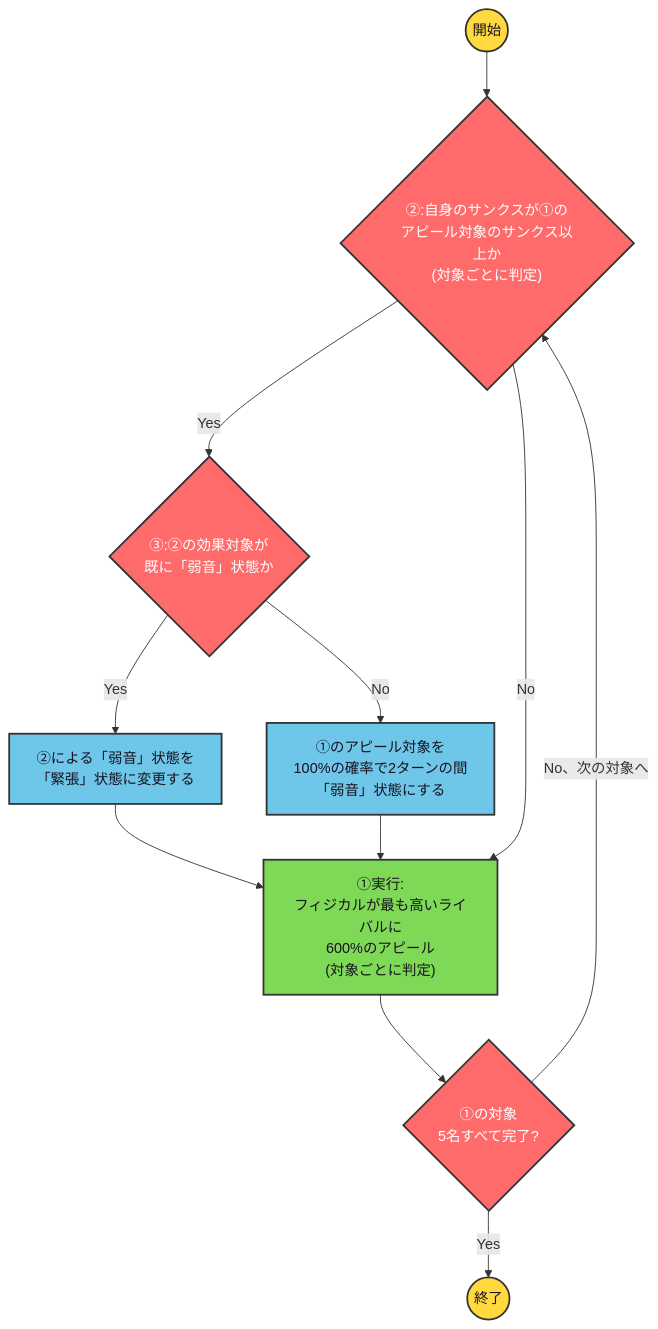
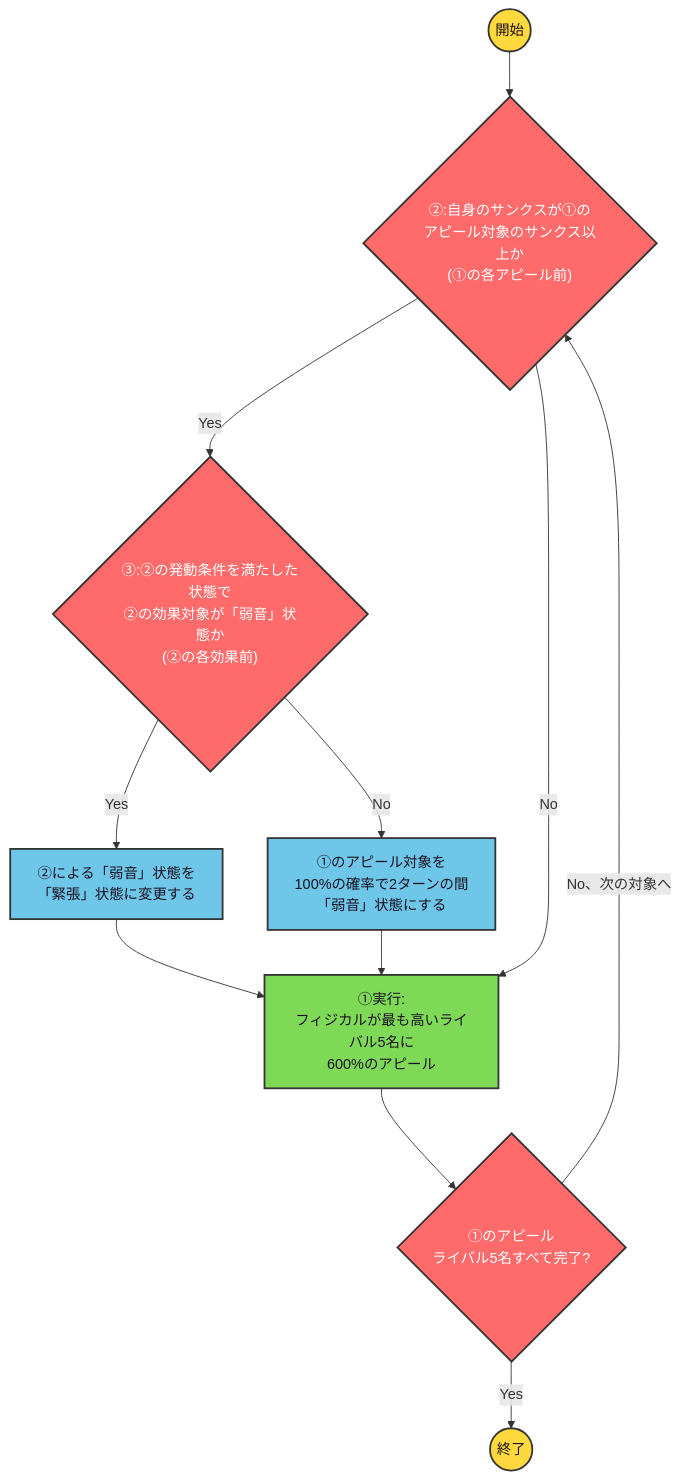
The diagram in data/kuromi_haruka/manatsu2024white_skill1.mmd (ryomochi0918/nogifra-characters), drawn with Mermaid before and after one commit. The commit also changed 286 other files, not shown here.

```diff
--- a/data/kuromi_haruka/manatsu2024white_skill1.mmd
+++ b/data/kuromi_haruka/manatsu2024white_skill1.mmd
@@ -1,14 +1,14 @@
 flowchart TD
     classDef startend fill:#FFD93D,stroke:#333,stroke-width:2px,color:#1a1220;
     classDef cond fill:#FF6B6B,stroke:#333,stroke-width:2px,color:#ffffff;
     classDef effect fill:#6EC6E8,stroke:#333,stroke-width:2px,color:#1a1220;
     classDef action fill:#7ED957,stroke:#333,stroke-width:2px,color:#1a1220;
 
-    start(("開始")):::startend --> c2{"②:自身のサンクスが①の<br/>アピール対象のサンクス以上か<br/>(対象ごとに判定)"}:::cond
-    c2 -->|"Yes"| c3{"③:②の効果対象が<br/>既に「弱音」状態か"}:::cond
+    start(("開始")):::startend --> c2{"②:自身のサンクスが①の<br/>アピール対象のサンクス以上か<br/>(①の各アピール前)"}:::cond
+    c2 -->|"Yes"| c3{"③:②の発動条件を満たした状態で<br/>②の効果対象が「弱音」状態か<br/>(②の各効果前)"}:::cond
     c3 -->|"Yes"| e3["②による「弱音」状態を<br/>「緊張」状態に変更する"]:::effect --> a1
     c3 -->|"No"| e2["①のアピール対象を<br/>100%の確率で2ターンの間<br/>「弱音」状態にする"]:::effect --> a1
-    c2 -->|"No"| a1["①実行:<br/>フィジカルが最も高いライバルに<br/>600%のアピール<br/>(対象ごとに判定)"]:::action
-    a1 --> lc{"①の対象<br/>5名すべて完了?"}:::cond
-    lc -->|"No、次の対象へ"| c2
-    lc -->|"Yes"| finish(("終了")):::startend
+    c2 -->|"No"| a1["①実行:<br/>フィジカルが最も高いライバル5名に<br/>600%のアピール"]:::action
+    a1 --> lc1{"①のアピール<br/>ライバル5名すべて完了?"}:::cond
+    lc1 -->|"No、次の対象へ"| c2
+    lc1 -->|"Yes"| finish(("終了")):::startend
```
